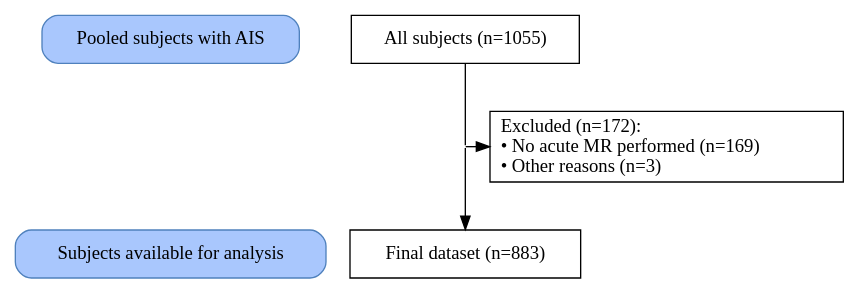
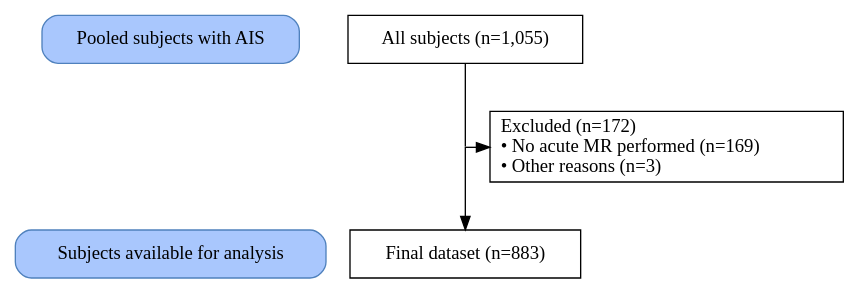
One commit to agdamsbo/svd-modification changed the diagram in images/flow.dot. Above: the diagram before and after it, drawn with Graphviz. The commit also changed 165 other files, not shown here.

```diff
--- a/images/flow.dot
+++ b/images/flow.dot
@@ -1,45 +1,45 @@
 digraph consort_diagram {
-  graph [layout = dot]
+  graph [layout = dot, splines=ortho]
 
 node [shape = rectangle, style = "rounded,filled", fillcolor = "#A9C7FD" color = "#4F81BD"]
 label4 [label = "Pooled subjects with AIS"]
 label5 [label = "Subjects available for analysis"]
 
 
 edge[style=invis];
 label4 -> label5;
 
 
 # node definitions with substituted label text
   node [shape = rectangle, fillcolor = Biege, style="", fillcolor = "", color = ""]
 
-node1 [label = "All subjects (n=1055)"]
-node2 [label = "Excluded (n=172):\l• No acute MR performed (n=169)\l• Other reasons (n=3)\l"]
-node3 [label = "Final dataset (n=883)"]
+node1 [label = "All subjects (n=1,055)" group=A1]
+node2 [label = "Excluded (n=172)\l• No acute MR performed (n=169)\l• Other reasons (n=3)\l"]
+node3 [label = "Final dataset (n=883)" group=A1]
 
 
 ## Invisible point node for joints
 
-node [shape = point, width = 0]
+node [shape = point, width = 0, style=invis]
 
-P1
+P1 [group=A1]
 
 subgraph {
   rank = same; rankdir = LR; label4;  node1;
   }
 subgraph {
   rank = same; rankdir = LR; P1; node2;
   }
 subgraph {
   rank = same; rankdir = LR; label5; node3;
   }
 
 edge[style=""];
 
 node1 -> P1 [arrowhead = none];
 P1 -> node2;
 P1 -> node3;
 
 
 
 }
```
